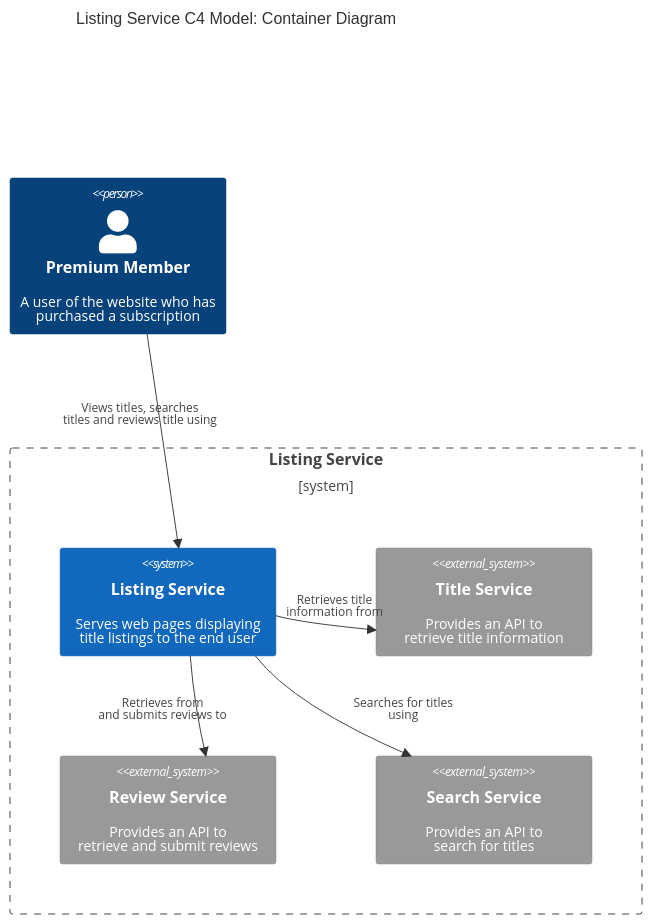
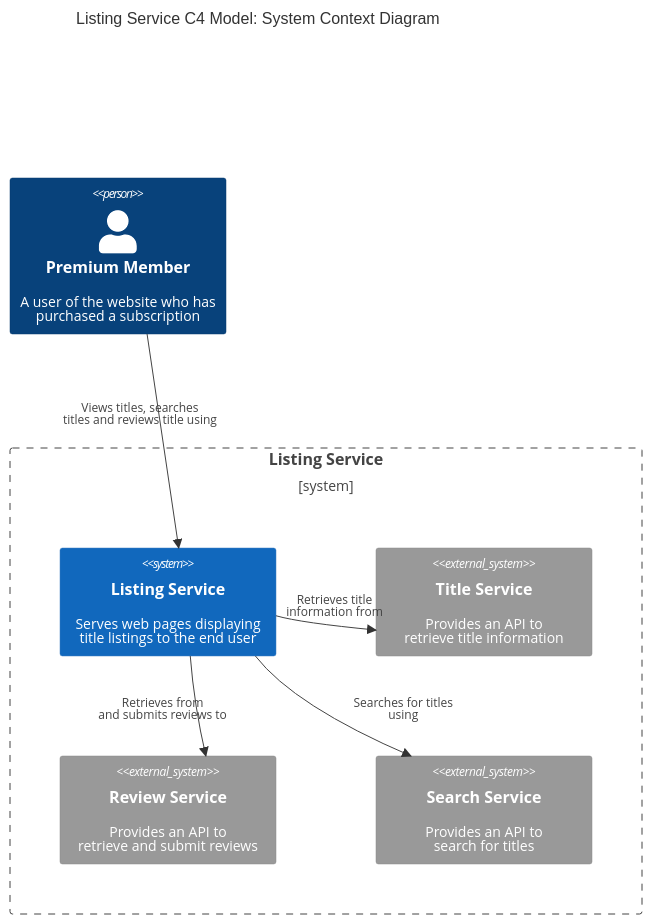
Before and after one commit to alextanhongpin/learn-mermaid: the second of 2 diagrams in 04_model_your_architecture.md, drawn with Mermaid. The commit also changed 1 other file, not shown here.

Commit message:
chore: update diagram

````diff
--- a/04_model_your_architecture.md
+++ b/04_model_your_architecture.md
@@ -77,24 +77,24 @@
 ```mermaid
 C4Context
-    title Listing Service C4 Model: Container Diagram
+    title Listing Service C4 Model: System Context Diagram
     Person(PM, "Premium Member", "A user of the website who has<br/> purchased a subscription")
 
     Boundary(b0, "Listing Service") {
         System(LS, "Listing Service", "Serves web pages displaying<br/> title listings to the end user")
         System_Ext(TS, "Title Service", "Provides an API to <br/>retrieve title information")
         System_Ext(RS, "Review Service", "Provides an API to <br/>retrieve and submit reviews")
         System_Ext(SS, "Search Service", "Provides an API to <br/>search for titles")
     }
 
     Rel(PM, LS, "Views titles, searches <br/>titles and reviews title using")
     Rel(LS, TS, "Retrieves title<br/>information from")
     Rel(LS, RS, "Retrieves from<br/>and submits reviews to")
     Rel(LS, SS, "Searches for titles<br/> using")
 
     UpdateRelStyle(PM, LS, $offsetX="-100", $offsetY="-30")
     UpdateRelStyle(LS, TS, $offsetX="-40", $offsetY="-20")
     UpdateRelStyle(LS, RS, $offsetX="-100", $offsetY="0")
     UpdateRelStyle(LS, SS, $offsetX="20", $offsetY="0")
 
     UpdateLayoutConfig($c4ShapeInRow="2", $c4BoundaryInRow="1")
 ```
````
